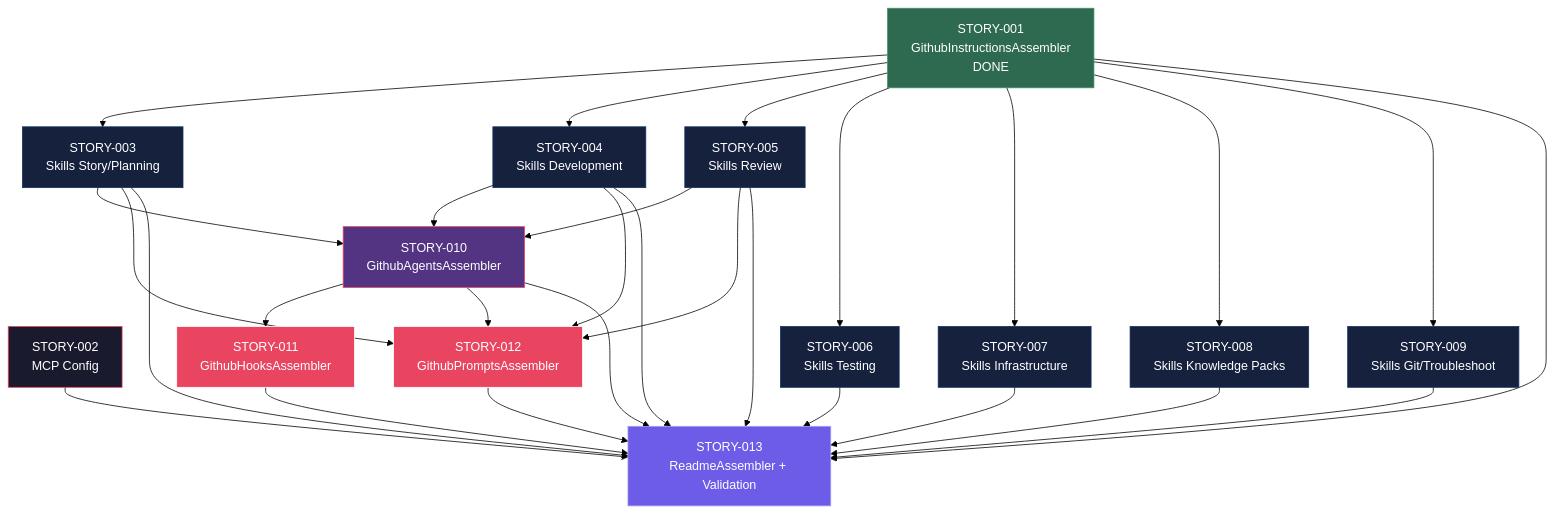
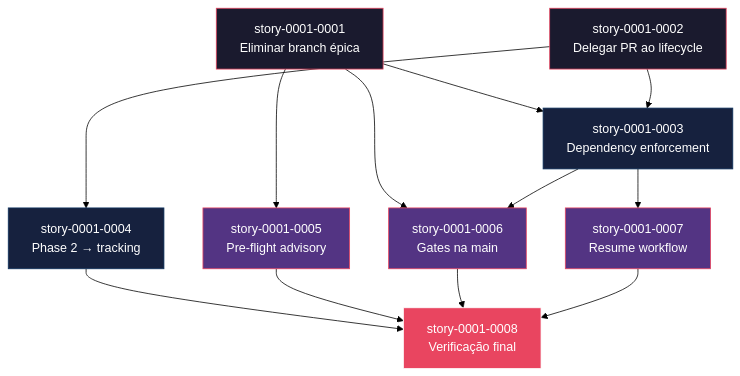
Before and after one commit to edercnj/ia-dev-environment: the diagram in plans/epic-0001/IMPLEMENTATION-MAP.md, drawn with Mermaid (forest theme). The commit also changed other lines of this file and 29 other files, not shown here.

````diff
--- a/plans/epic-0001/IMPLEMENTATION-MAP.md
+++ b/plans/epic-0001/IMPLEMENTATION-MAP.md
@@ -170,66 +94,41 @@
 ```mermaid
 graph TD
-    S001["STORY-001<br/>GithubInstructionsAssembler<br/>DONE"]
-    S002["STORY-002<br/>MCP Config"]
-    S003["STORY-003<br/>Skills Story/Planning"]
-    S004["STORY-004<br/>Skills Development"]
-    S005["STORY-005<br/>Skills Review"]
-    S006["STORY-006<br/>Skills Testing"]
-    S007["STORY-007<br/>Skills Infrastructure"]
-    S008["STORY-008<br/>Skills Knowledge Packs"]
-    S009["STORY-009<br/>Skills Git/Troubleshoot"]
-    S010["STORY-010<br/>GithubAgentsAssembler"]
-    S011["STORY-011<br/>GithubHooksAssembler"]
-    S012["STORY-012<br/>GithubPromptsAssembler"]
-    S013["STORY-013<br/>ReadmeAssembler + Validation"]
+    S0001_0001["story-0001-0001<br/>Eliminar branch épica"]
+    S0001_0002["story-0001-0002<br/>Delegar PR ao lifecycle"]
+    S0001_0003["story-0001-0003<br/>Dependency enforcement"]
+    S0001_0004["story-0001-0004<br/>Phase 2 → tracking"]
+    S0001_0005["story-0001-0005<br/>Pre-flight advisory"]
+    S0001_0006["story-0001-0006<br/>Gates na main"]
+    S0001_0007["story-0001-0007<br/>Resume workflow"]
+    S0001_0008["story-0001-0008<br/>Verificação final"]
 
-    %% Fase 0 -> 1
-    S001 --> S003
-    S001 --> S004
-    S001 --> S005
-    S001 --> S006
-    S001 --> S007
-    S001 --> S008
-    S001 --> S009
+    %% Fase 0 → 1
+    S0001_0001 --> S0001_0003
+    S0001_0002 --> S0001_0003
+    S0001_0002 --> S0001_0004
 
-    %% Fase 1 -> 2
-    S003 --> S010
-    S004 --> S010
-    S005 --> S010
+    %% Fase 0 → 2
+    S0001_0001 --> S0001_0005
 
-    %% Fase 2 -> 3
-    S010 --> S011
-    S003 --> S012
-    S004 --> S012
-    S005 --> S012
-    S010 --> S012
+    %% Fase 1 → 2
+    S0001_0001 --> S0001_0006
+    S0001_0003 --> S0001_0006
+    S0001_0003 --> S0001_0007
 
-    %% Fase 3 -> 4 (e transversais -> 4)
-    S001 --> S013
-    S002 --> S013
-    S003 --> S013
-    S004 --> S013
-    S005 --> S013
-    S006 --> S013
-    S007 --> S013
-    S008 --> S013
-    S009 --> S013
-    S010 --> S013
-    S011 --> S013
-    S012 --> S013
+    %% Fase 2 → 3
+    S0001_0004 --> S0001_0008
+    S0001_0005 --> S0001_0008
+    S0001_0006 --> S0001_0008
+    S0001_0007 --> S0001_0008
 
     %% Estilos por fase
-    classDef fase0done fill:#2d6a4f,stroke:#40916c,color:#fff
     classDef fase0 fill:#1a1a2e,stroke:#e94560,color:#fff
     classDef fase1 fill:#16213e,stroke:#0f3460,color:#fff
     classDef fase2 fill:#533483,stroke:#e94560,color:#fff
     classDef fase3 fill:#e94560,stroke:#fff,color:#fff
-    classDef fase4 fill:#6c5ce7,stroke:#a29bfe,color:#fff
 
-    class S001 fase0done
-    class S002 fase0
-    class S003,S004,S005,S006,S007,S008,S009 fase1
-    class S010 fase2
-    class S011,S012 fase3
-    class S013 fase4
+    class S0001_0001,S0001_0002 fase0
+    class S0001_0003,S0001_0004 fase1
+    class S0001_0005,S0001_0006,S0001_0007 fase2
+    class S0001_0008 fase3
 ```
````
